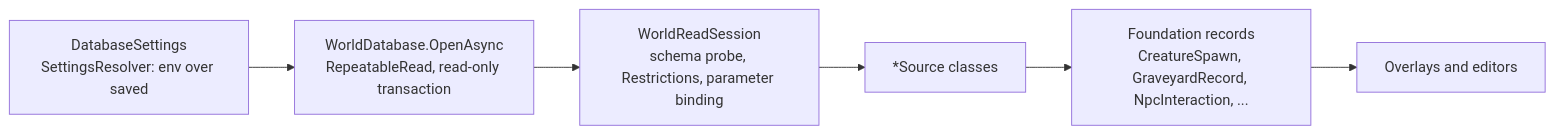
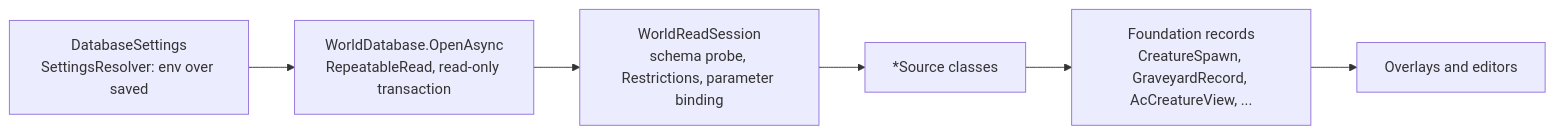
One commit to glitterfartz/ac-world-edit changed the first of 2 diagrams in docs/architecture/editing-and-export.md. Above: the diagram before and after it, drawn with Mermaid. The commit also changed other lines of this file and 35 other files, not shown here.

First line of the commit message:
refactor(ui): one creature read-model slot behind ICreatureView

````diff
--- a/docs/architecture/editing-and-export.md
+++ b/docs/architecture/editing-and-export.md
@@ -9,8 +9,8 @@
 ```mermaid
 flowchart LR
     settings["DatabaseSettings<br/>SettingsResolver: env over saved"] --> sess["WorldDatabase.OpenAsync<br/>RepeatableRead, read-only transaction"]
     sess --> ws["WorldReadSession<br/>schema probe, Restrictions, parameter binding"]
     ws --> src["*Source classes"]
-    src --> recs["Foundation records<br/>CreatureSpawn, GraveyardRecord, NpcInteraction, ..."]
+    src --> recs["Foundation records<br/>CreatureSpawn, GraveyardRecord, AcCreatureView, ..."]
     recs --> ov["Overlays and editors"]
 ```
````
